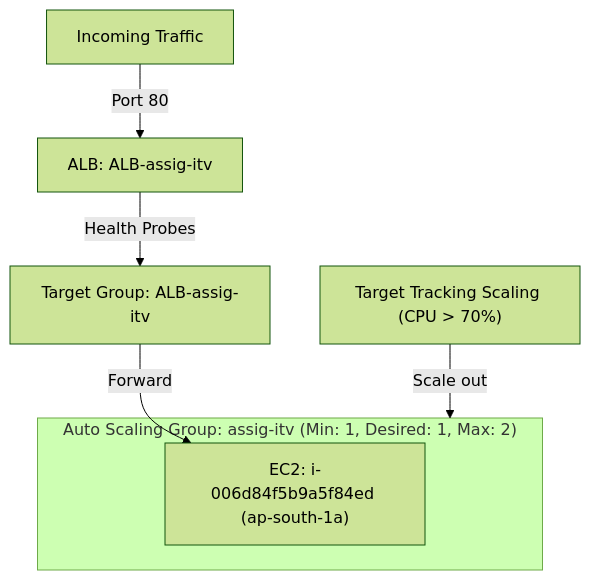
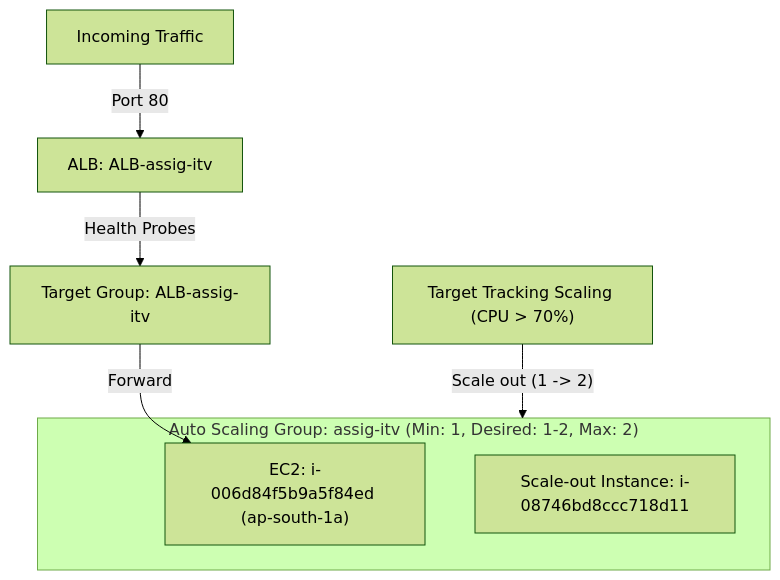
The third of 3 diagrams in README.md (Sphere-in/Assignment-itvedant), drawn with Mermaid (forest theme) before and after one commit. The commit also changed other lines of this file and 7 other files, not shown here.

````diff
--- a/README.md
+++ b/README.md
@@ -102,12 +108,13 @@
 ```mermaid
 flowchart TD
     Client["Incoming Traffic"] -->|"Port 80"| ALB["ALB: ALB-assig-itv"]
     ALB -->|"Health Probes"| TG["Target Group: ALB-assig-itv"]
     TG -->|"Forward"| EC2["EC2: i-006d84f5b9a5f84ed (ap-south-1a)"]
 
-    subgraph ASG_Group["Auto Scaling Group: assig-itv (Min: 1, Desired: 1, Max: 2)"]
+    subgraph ASG_Group["Auto Scaling Group: assig-itv (Min: 1, Desired: 1-2, Max: 2)"]
         EC2
+        EC2_Scale["Scale-out Instance: i-08746bd8ccc718d11"]
     end
 
-    Policy["Target Tracking Scaling (CPU > 70%)"] -->|"Scale out"| ASG_Group
+    Policy["Target Tracking Scaling (CPU > 70%)"] -->|"Scale out (1 -> 2)"| ASG_Group
 ```
````
